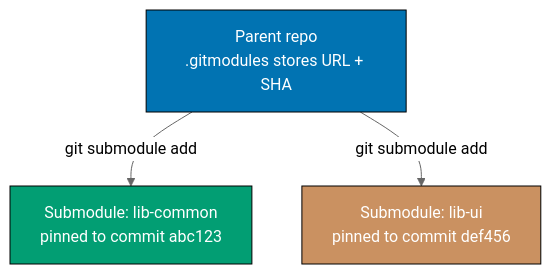
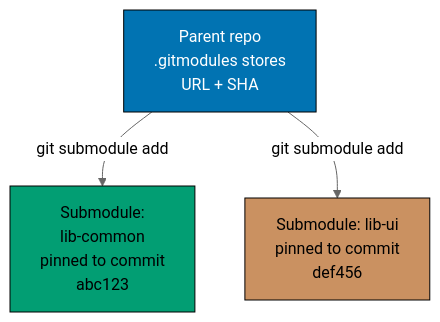
Before and after one commit to wahidyankf/ose-public: the seventh of 14 diagrams in apps/ayokoding-www/content/en/learn/legacy/software-engineering/automation-tools/git/by-example/advanced.md, drawn with Mermaid (neutral theme). The commit also changed other lines of this file and 131 other files, not shown here.

First line of the commit message:
fix(mermaid): bring the legacy data, infrastructure, and testing diagrams onto the accessible palette

````diff
--- a/apps/ayokoding-www/content/en/learn/legacy/software-engineering/automation-tools/git/by-example/advanced.md
+++ b/apps/ayokoding-www/content/en/learn/legacy/software-engineering/automation-tools/git/by-example/advanced.md
@@ -539,14 +570,20 @@
 ```mermaid
 %% Color Palette: Blue #0173B2, Orange #DE8F05, Teal #029E73, Purple #CC78BC, Brown #CA9161
 graph TD
-    P["Parent repo<br/>.gitmodules stores URL + SHA"]
-    S1["Submodule: lib-common<br/>pinned to commit abc123"]
-    S2["Submodule: lib-ui<br/>pinned to commit def456"]
+    accTitle: Example 66: Git Submodule — Add, Clone, Update, foreach, deinit
+    accDescr: Graph with 3 nodes and 2 connections. Nodes: Parent repo .gitmodules stores URL + SHA, Submodule: lib-common pinned to commit abc123, Submodule: lib-ui pinned to commit def456. Connections: Parent repo .gitmodules stores URL + SHA to Submodule: lib-common pinned to commit abc123 (git submodule add), Parent repo .gitmodules stores URL + SHA to Submodule: lib-ui pinned to commit def456 (git submodule add).
+    P["Parent repo<br/>.gitmodules stores<br/>URL + SHA"]
+    S1["Submodule:<br/>lib-common<br/>pinned to commit<br/>abc123"]
+    S2["Submodule: lib-ui<br/>pinned to commit<br/>def456"]
 
     P -->|git submodule add| S1
     P -->|git submodule add| S2
 
-    style P fill:#0173B2,stroke:#000,color:#fff
-    style S1 fill:#029E73,stroke:#000,color:#fff
-    style S2 fill:#CA9161,stroke:#000,color:#fff
+    classDef pal-0173B2 fill:#0173B2,stroke:#000000,color:#FFFFFF
+    class P pal-0173B2
+    classDef pal-029E73 fill:#029E73,stroke:#000000,color:#000000
+    class S1 pal-029E73
+    classDef pal-CA9161 fill:#CA9161,stroke:#000000,color:#000000
+    class S2 pal-CA9161
+    classDef default fill:#FFFFFF,stroke:#000000,color:#000000
 ```
````
